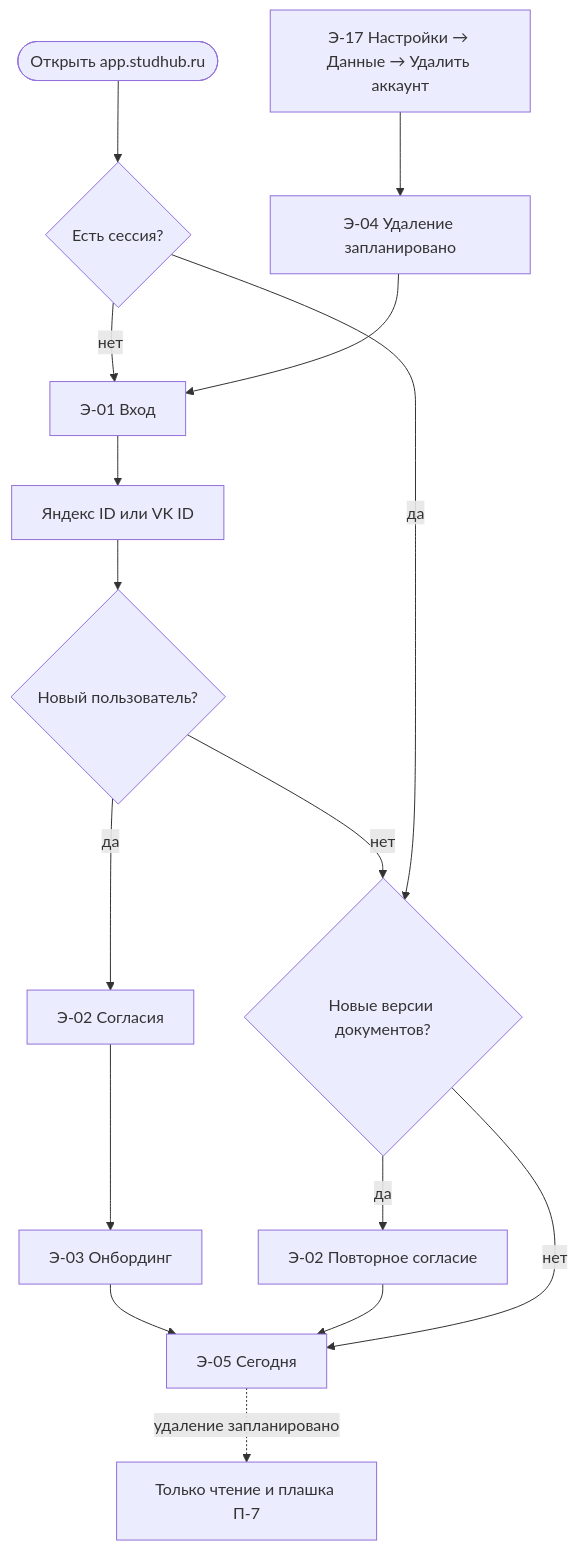
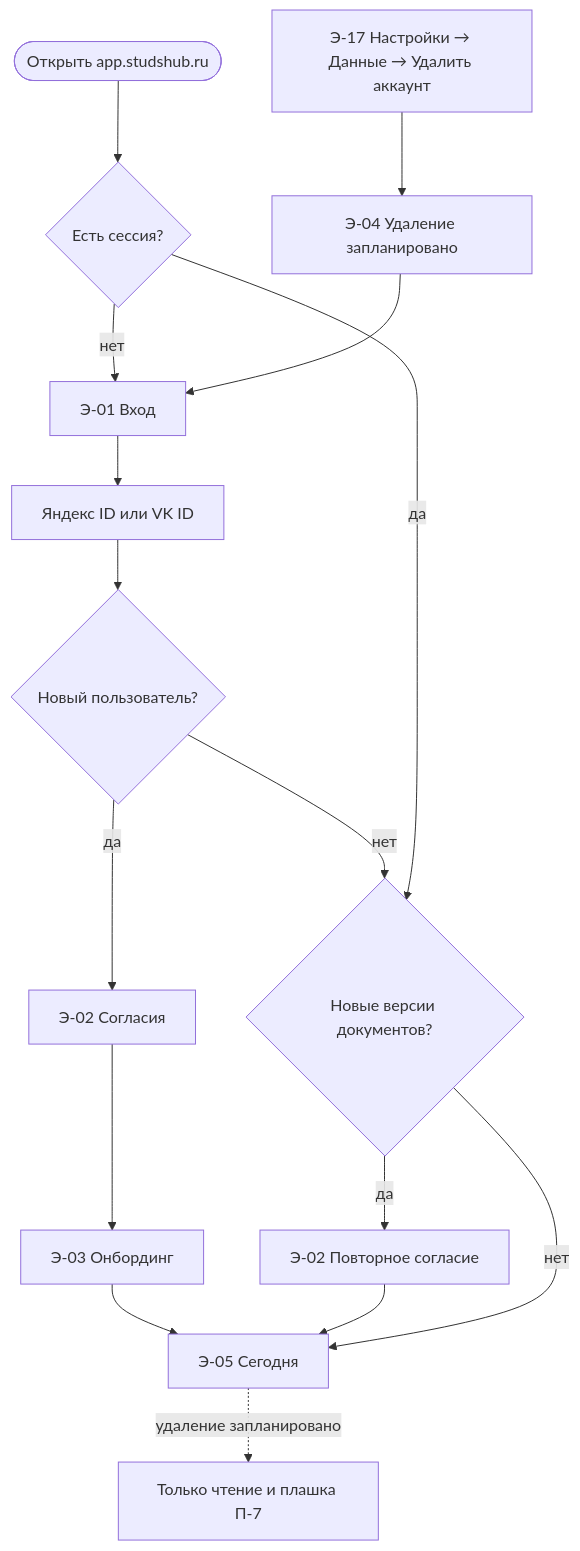
Before and after one commit to Nekomant/Studhub: the first of 2 diagrams in docs/screens.md, drawn with Mermaid. The commit also changed other lines of this file and 20 other files, not shown here.

````diff
--- a/docs/screens.md
+++ b/docs/screens.md
@@ -124,18 +124,18 @@
 ```mermaid
 flowchart TD
-  open(["Открыть app.studhub.ru"]) --> hasSession{"Есть сессия?"}
+  open(["Открыть app.studshub.ru"]) --> hasSession{"Есть сессия?"}
   hasSession -- "нет" --> login["Э-01 Вход"]
   login --> oauth["Яндекс ID или VK ID"]
   oauth --> isNew{"Новый пользователь?"}
   isNew -- "да" --> consent["Э-02 Согласия"]
   consent --> onboarding["Э-03 Онбординг"]
   onboarding --> today["Э-05 Сегодня"]
   isNew -- "нет" --> docs{"Новые версии документов?"}
   hasSession -- "да" --> docs
   docs -- "да" --> reconsent["Э-02 Повторное согласие"]
   reconsent --> today
   docs -- "нет" --> today
   today -. "удаление запланировано" .-> readonly["Только чтение и плашка П-7"]
   settingsData["Э-17 Настройки → Данные → Удалить аккаунт"] --> deletion["Э-04 Удаление запланировано"]
   deletion --> login
 ```
````
